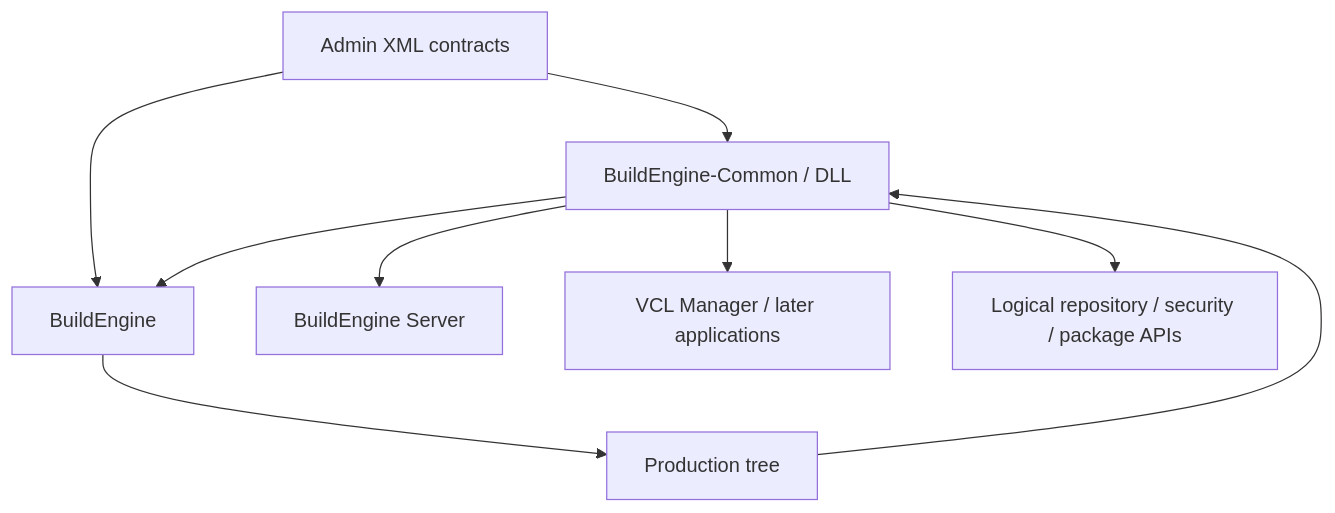
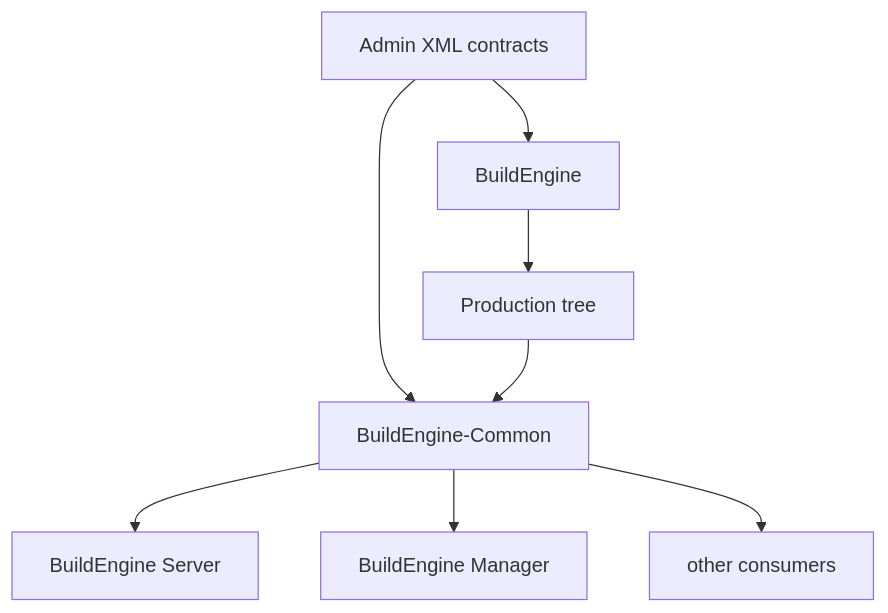
One commit to adeccscholar/BuildEngine-Admin changed the first of 4 diagrams in admin/server-docs/buildengine.md. Above: the diagram before and after it, drawn with Mermaid. The commit also changed other lines of this file, not shown here.

Commit message:
Align public BuildEngine architecture documentation

````diff
--- a/admin/server-docs/buildengine.md
+++ b/admin/server-docs/buildengine.md
@@ -38,11 +22,10 @@
 ```mermaid
 flowchart TD
-    XML[Admin XML contracts] --> C[BuildEngine-Common / DLL]
-    XML --> BE[BuildEngine]
-    C --> BE
-    C --> S[BuildEngine Server]
-    C --> M[VCL Manager / later applications]
+    XML[Admin XML contracts] --> BE[BuildEngine]
+    XML --> C[BuildEngine-Common]
     BE --> PROD[Production tree]
     PROD --> C
-    C --> API[Logical repository / security / package APIs]
+    C --> S[BuildEngine Server]
+    C --> M[BuildEngine Manager]
+    C --> O[other consumers]
 ```
````
